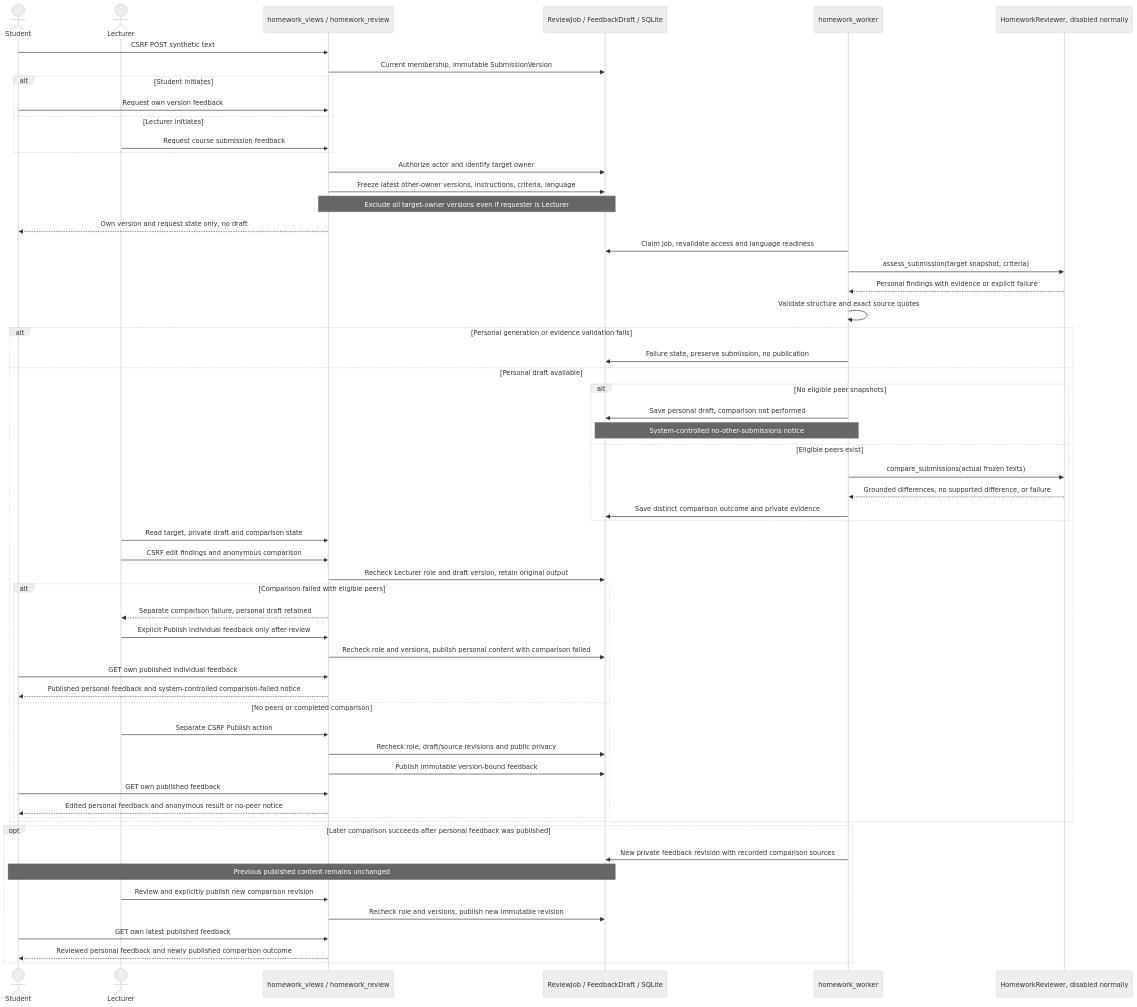
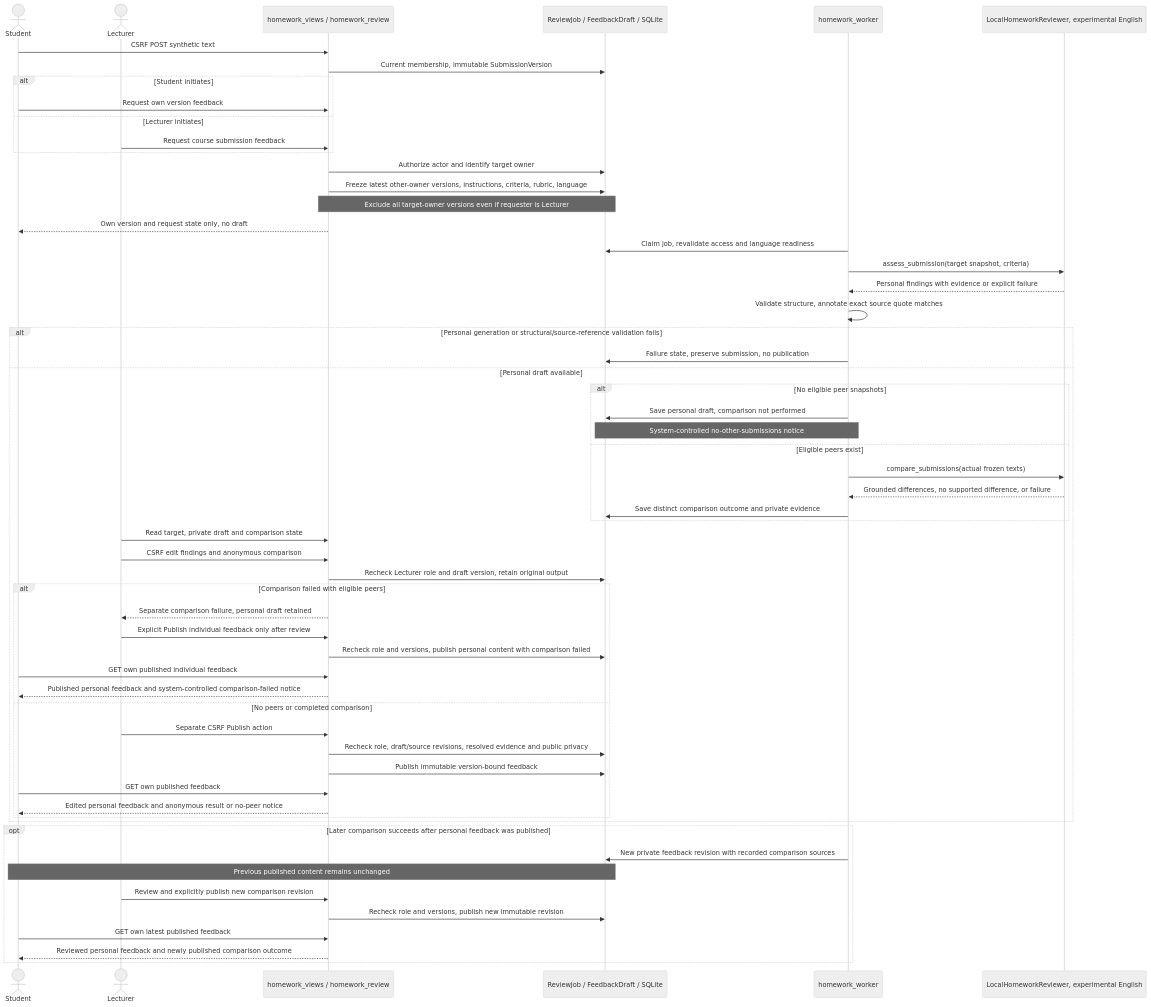
The sixth of 7 diagrams in docs/architecture.md (itavs/TeachingTool-Ex2), drawn with Mermaid (neutral theme) before and after one commit. The commit also changed other lines of this file and 27 other files, not shown here.

Commit message:
Integrate experimental local English homework feedback

````diff
--- a/docs/architecture.md
+++ b/docs/architecture.md
@@ -493,60 +494,60 @@
 ```mermaid
 sequenceDiagram
     actor S as Student
     actor L as Lecturer
     participant V as homework_views / homework_review
     participant DB as ReviewJob / FeedbackDraft / SQLite
     participant W as homework_worker
-    participant AI as HomeworkReviewer, disabled normally
+    participant AI as LocalHomeworkReviewer, experimental English
     S->>V: CSRF POST synthetic text
     V->>DB: Current membership, immutable SubmissionVersion
     alt Student initiates
         S->>V: Request own version feedback
     else Lecturer initiates
         L->>V: Request course submission feedback
     end
     V->>DB: Authorize actor and identify target owner
-    V->>DB: Freeze latest other-owner versions, instructions, criteria, language
+    V->>DB: Freeze latest other-owner versions, instructions, criteria, rubric, language
     Note over V,DB: Exclude all target-owner versions even if requester is Lecturer
     V-->>S: Own version and request state only, no draft
     W->>DB: Claim job, revalidate access and language readiness
     W->>AI: assess_submission(target snapshot, criteria)
     AI-->>W: Personal findings with evidence or explicit failure
-    W->>W: Validate structure and exact source quotes
-    alt Personal generation or evidence validation fails
+    W->>W: Validate structure, annotate exact source quote matches
+    alt Personal generation or structural/source-reference validation fails
         W->>DB: Failure state, preserve submission, no publication
     else Personal draft available
         alt No eligible peer snapshots
             W->>DB: Save personal draft, comparison not performed
             Note over W,DB: System-controlled no-other-submissions notice
         else Eligible peers exist
             W->>AI: compare_submissions(actual frozen texts)
             AI-->>W: Grounded differences, no supported difference, or failure
             W->>DB: Save distinct comparison outcome and private evidence
         end
         L->>V: Read target, private draft and comparison state
         L->>V: CSRF edit findings and anonymous comparison
         V->>DB: Recheck Lecturer role and draft version, retain original output
         alt Comparison failed with eligible peers
             V-->>L: Separate comparison failure, personal draft retained
             L->>V: Explicit Publish individual feedback only after review
             V->>DB: Recheck role and versions, publish personal content with comparison failed
             S->>V: GET own published individual feedback
             V-->>S: Published personal feedback and system-controlled comparison-failed notice
         else No peers or completed comparison
             L->>V: Separate CSRF Publish action
-            V->>DB: Recheck role, draft/source revisions and public privacy
+            V->>DB: Recheck role, draft/source revisions, resolved evidence and public privacy
             V->>DB: Publish immutable version-bound feedback
             S->>V: GET own published feedback
             V-->>S: Edited personal feedback and anonymous result or no-peer notice
         end
     end
     opt Later comparison succeeds after personal feedback was published
         W->>DB: New private feedback revision with recorded comparison sources
         Note over S,DB: Previous published content remains unchanged
         L->>V: Review and explicitly publish new comparison revision
         V->>DB: Recheck role and versions, publish new immutable revision
         S->>V: GET own latest published feedback
         V-->>S: Reviewed personal feedback and newly published comparison outcome
     end
 ```
````
